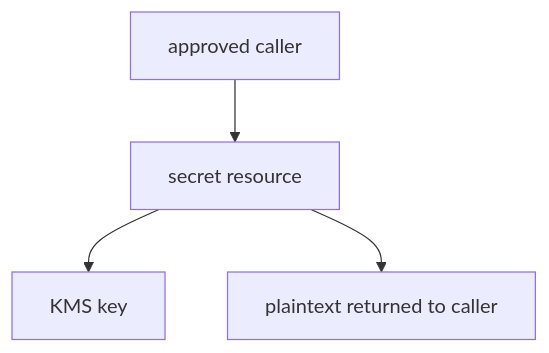
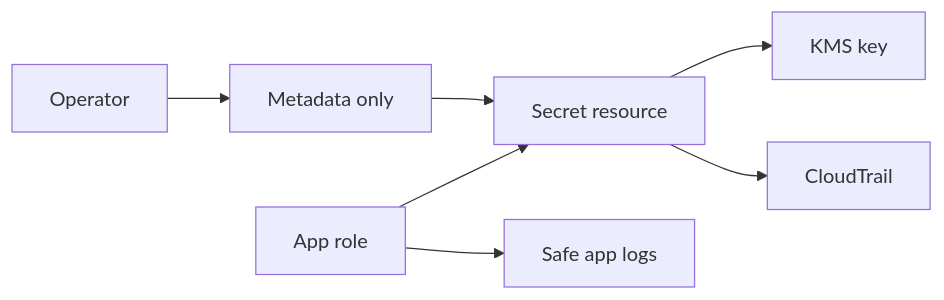
The diagram in cloud-providers/aws/identity-security/secrets-encryption-and-security-evidence.md (senlinyy/dev-roadmaps), drawn with Mermaid before and after one commit. The commit also changed other lines of this file and 275 other files, not shown here.

Commit message:
feat: roadmap structure update

````diff
--- a/cloud-providers/aws/identity-security/secrets-encryption-and-security-evidence.md
+++ b/cloud-providers/aws/identity-security/secrets-encryption-and-security-evidence.md
@@ -233,6 +44,9 @@
 ```mermaid
-flowchart TD
-    STORE["secret resource"] --> KEY["KMS key"]
-    APP["approved caller"] --> STORE
-    STORE --> VALUE["plaintext returned to caller"]
+flowchart LR
+    App["App role"] --> Secret["Secret resource"]
+    Secret --> KMS["KMS key"]
+    App --> Logs["Safe app logs"]
+    Secret --> Trail["CloudTrail"]
+    Operator["Operator"] --> Metadata["Metadata only"]
+    Metadata --> Secret
 ```
````
